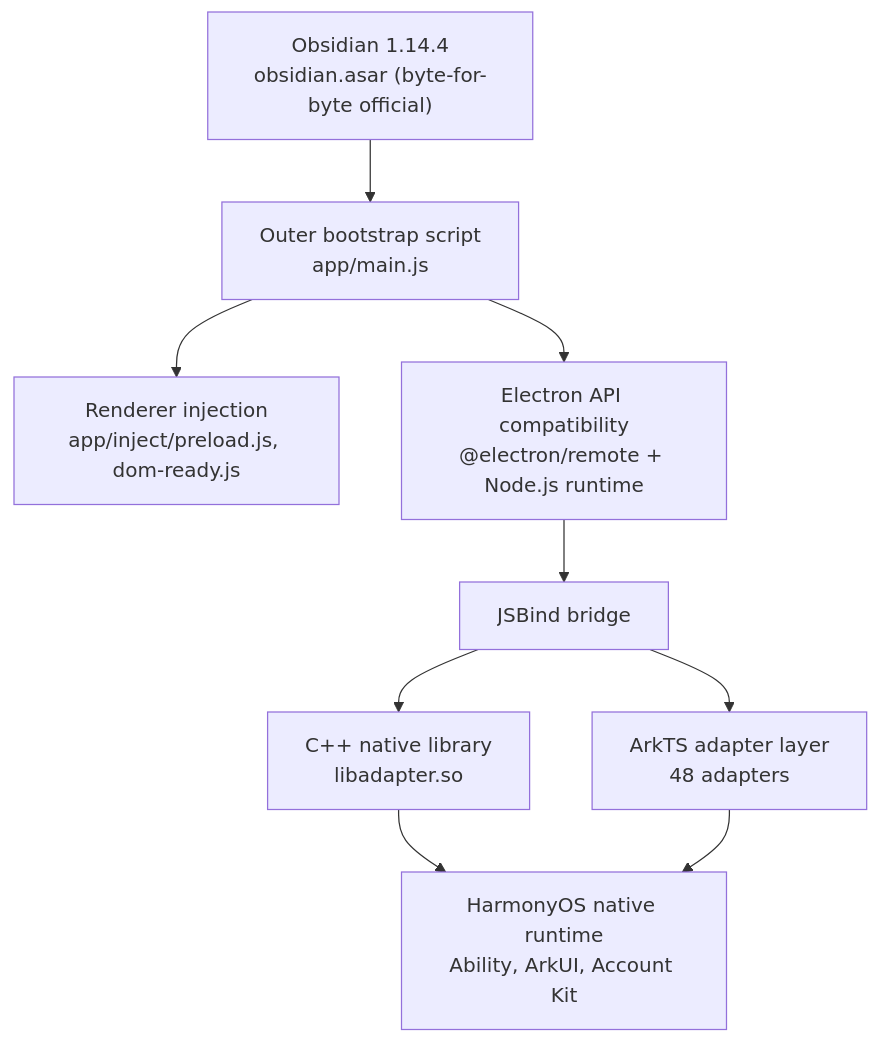
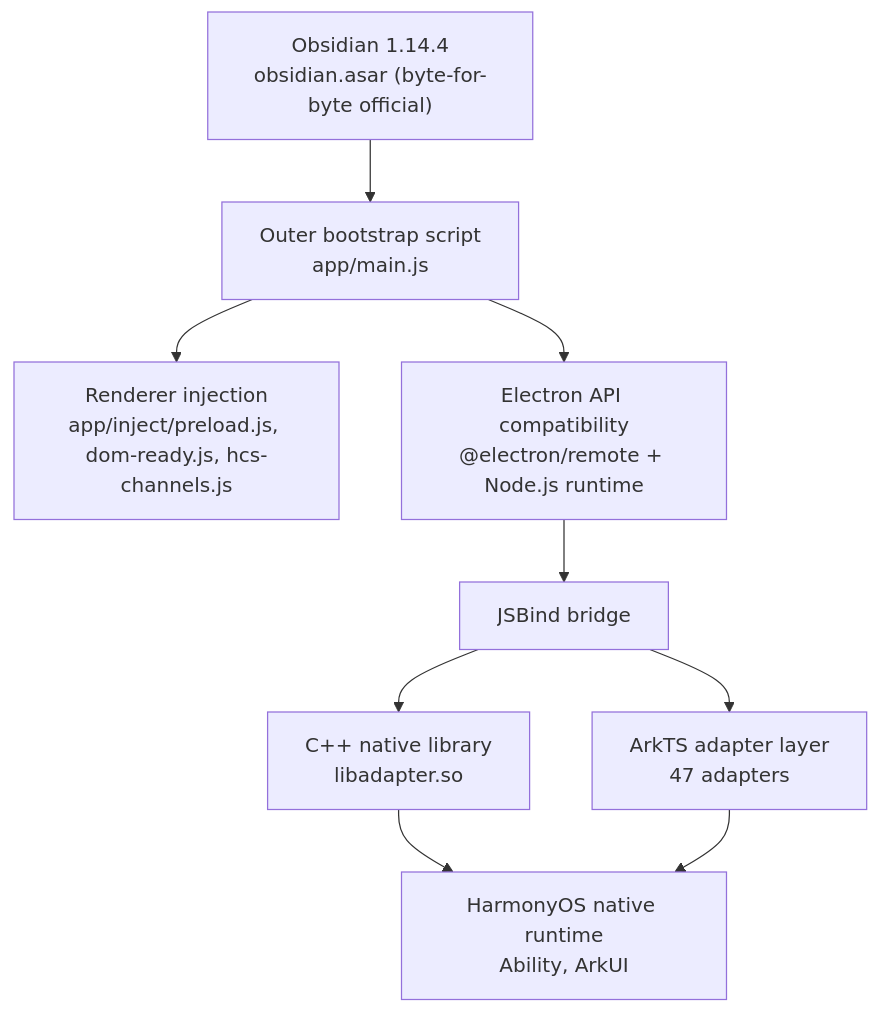
Before and after one commit to HandwerSTD/ObsidianHM: the diagram in README_EN.md, drawn with Mermaid. The commit also changed other lines of this file and 5 other files, not shown here.

````diff
--- a/README_EN.md
+++ b/README_EN.md
@@ -60,19 +64,19 @@
 ```mermaid
 flowchart TB
   A["Obsidian 1.14.4<br/>obsidian.asar (byte-for-byte official)"]
   B["Outer bootstrap script<br/>app/main.js"]
-  C["Renderer injection<br/>app/inject/preload.js, dom-ready.js"]
+  C["Renderer injection<br/>app/inject/preload.js, dom-ready.js, hcs-channels.js"]
   D["Electron API compatibility<br/>@electron/remote + Node.js runtime"]
   E["JSBind bridge"]
   F["C++ native library<br/>libadapter.so"]
-  G["ArkTS adapter layer<br/>48 adapters"]
-  H["HarmonyOS native runtime<br/>Ability, ArkUI, Account Kit"]
+  G["ArkTS adapter layer<br/>47 adapters"]
+  H["HarmonyOS native runtime<br/>Ability, ArkUI"]
   A --> B
   B --> C
   B --> D
   D --> E
   E --> F
   E --> G
   F --> H
   G --> H
 ```
````
